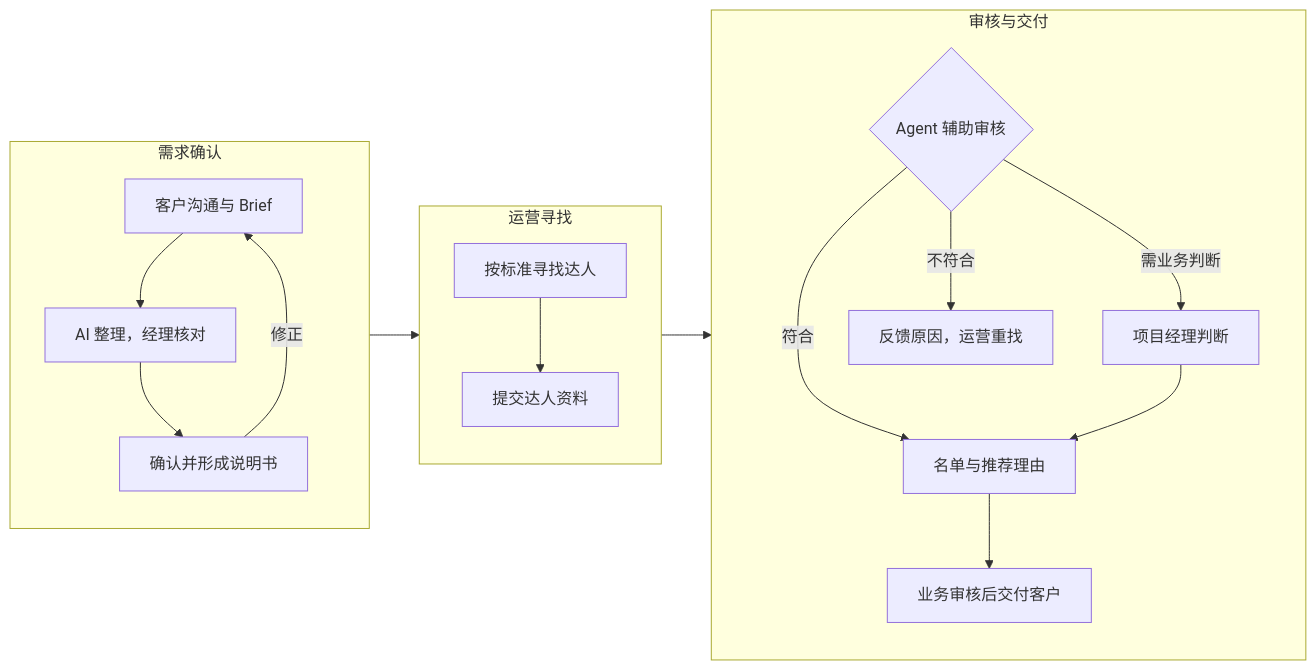
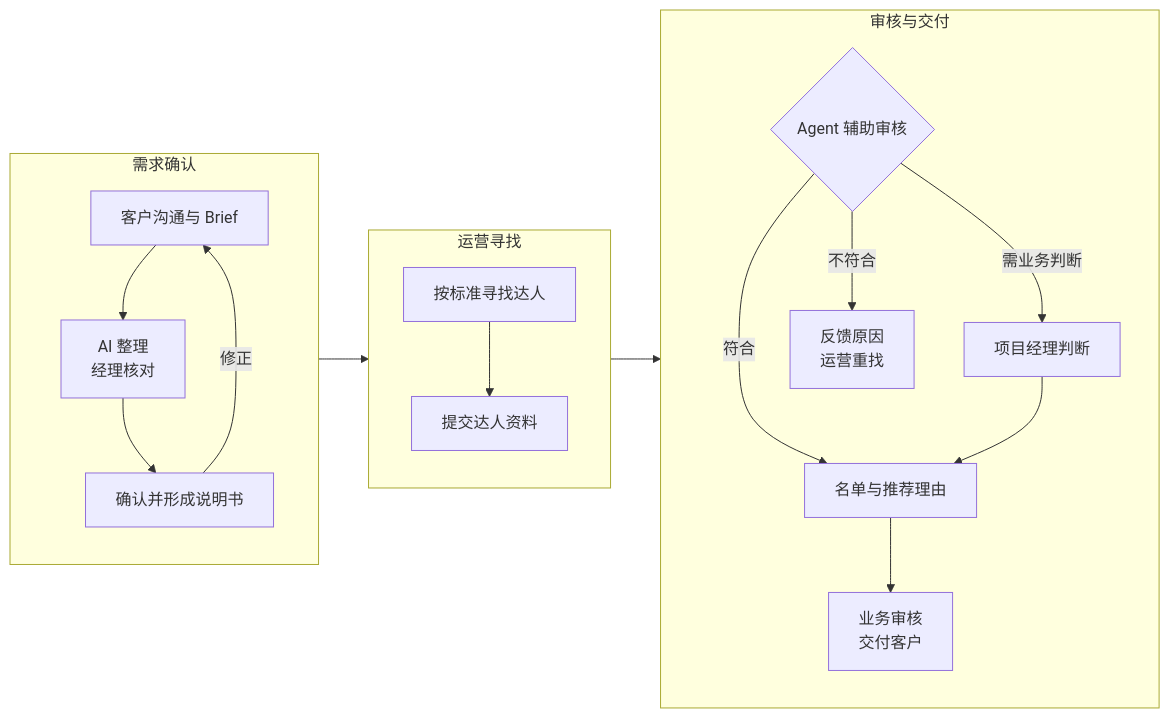
Before and after one commit to cytlabs/personal-site: the first of 2 diagrams in content/cases/creator-marketing-delivery.md, drawn with Mermaid. The commit also changed other lines of this file and 8 other files, not shown here.

Commit message:
完善图表阅读顺序与语义换行

````diff
--- a/content/cases/creator-marketing-delivery.md
+++ b/content/cases/creator-marketing-delivery.md
@@ -15,22 +15,22 @@
 ```mermaid
 flowchart LR
     subgraph NEED["需求确认"]
         direction TB
-        A["客户沟通与 Brief"] --> B["AI 整理，经理核对"] --> C["确认并形成说明书"]
+        A["客户沟通与 Brief"] --> B["AI 整理<br/>经理核对"] --> C["确认并形成说明书"]
         C -->|修正| A
     end
     subgraph SOURCE["运营寻找"]
         direction TB
         E["按标准寻找达人"] --> F["提交达人资料"]
     end
     subgraph REVIEW["审核与交付"]
         direction TB
         H{"Agent 辅助审核"}
         H -->|符合| I["名单与推荐理由"]
         H -->|需业务判断| J["项目经理判断"]
         J --> I
-        I --> K["业务审核后交付客户"]
-        H -->|不符合| X["反馈原因，运营重找"]
+        I --> K["业务审核<br/>交付客户"]
+        H -->|不符合| X["反馈原因<br/>运营重找"]
     end
     NEED --> SOURCE --> REVIEW
 ```
````
